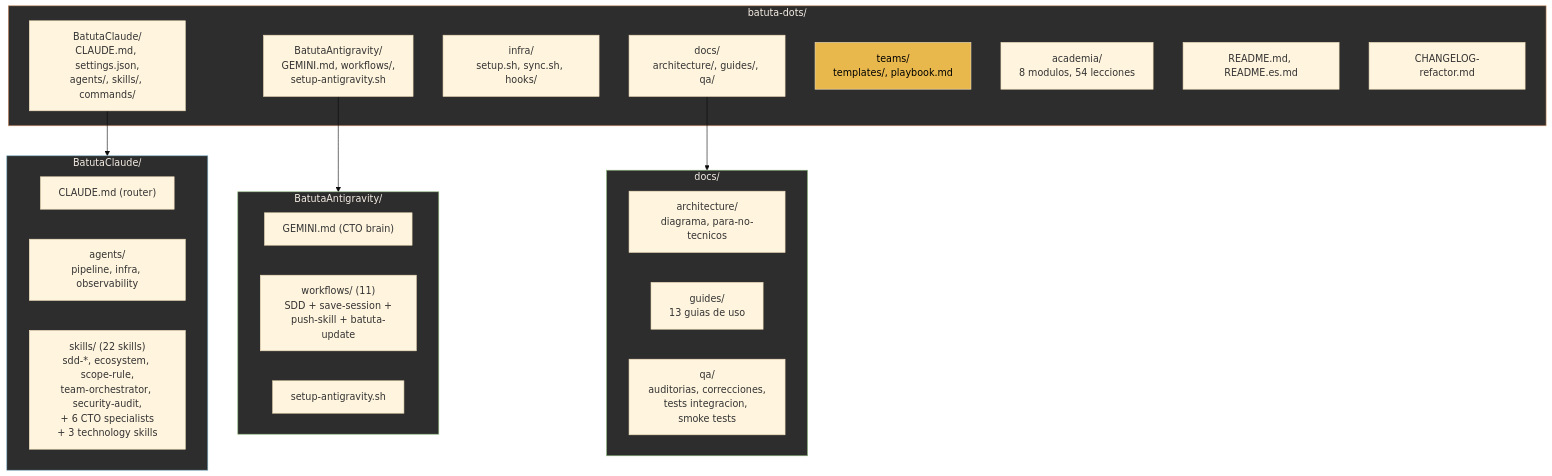
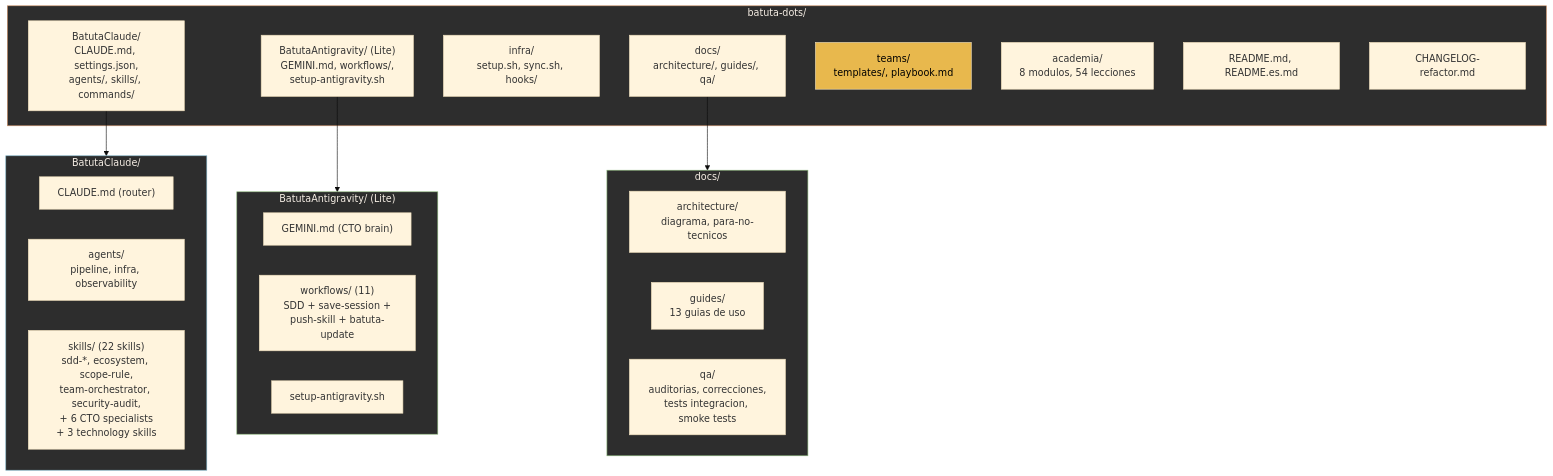
One commit to jota-batuta/batuta-dots changed diagram 23 of 23 in docs/architecture/arquitectura-diagrama.md. Above: the diagram before and after it, drawn with Mermaid (base theme). The commit also changed other lines of this file and 32 other files, not shown here.

First line of the commit message:
feat: Antigravity Lite, zombie cleanup, project-scoped skills (v11.2+v11.3)

````diff
--- a/docs/architecture/arquitectura-diagrama.md
+++ b/docs/architecture/arquitectura-diagrama.md
@@ -835,41 +850,41 @@
 ```mermaid
 flowchart TD
     subgraph ROOT["batuta-dots/"]
         CLAUDE_DIR["BatutaClaude/<br/>CLAUDE.md, settings.json,<br/>agents/, skills/, commands/"]
-        ANTIGRAVITY_DIR["BatutaAntigravity/<br/>GEMINI.md, workflows/,<br/>setup-antigravity.sh"]
+        ANTIGRAVITY_DIR["BatutaAntigravity/ (Lite)<br/>GEMINI.md, workflows/,<br/>setup-antigravity.sh"]
         INFRA_DIR["infra/<br/>setup.sh, sync.sh, hooks/"]
         DOCS["docs/<br/>architecture/, guides/, qa/"]
         TEAMS["teams/<br/>templates/, playbook.md"]
         ACADEMIA["academia/<br/>8 modulos, 54 lecciones"]
         README["README.md, README.es.md"]
         CHANGELOG["CHANGELOG-refactor.md"]
     end
 
     subgraph CLAUDE_DETAIL["BatutaClaude/"]
         CLAUDE_MD["CLAUDE.md (router)"]
         AGENTS["agents/<br/>pipeline, infra, observability"]
         SKILLS_22["skills/ (22 skills)<br/>sdd-*, ecosystem, scope-rule,<br/>team-orchestrator, security-audit,<br/>+ 6 CTO specialists<br/>+ 3 technology skills"]
     end
 
-    subgraph ANTIGRAVITY_DETAIL["BatutaAntigravity/"]
+    subgraph ANTIGRAVITY_DETAIL["BatutaAntigravity/ (Lite)"]
         GEMINI_MD["GEMINI.md (CTO brain)"]
         WORKFLOWS["workflows/ (11)<br/>SDD + save-session +<br/>push-skill + batuta-update"]
         SETUP_AG["setup-antigravity.sh"]
     end
 
     subgraph DOCS_DETAIL["docs/"]
         ARCH["architecture/<br/>diagrama, para-no-tecnicos"]
         GUIDES["guides/<br/>13 guias de uso"]
         QA["qa/<br/>auditorias, correcciones,<br/>tests integracion, smoke tests"]
     end
 
     CLAUDE_DIR --> CLAUDE_DETAIL
     ANTIGRAVITY_DIR --> ANTIGRAVITY_DETAIL
     DOCS --> DOCS_DETAIL
 
     style ROOT fill:#2d2d2d,stroke:#D4956A,color:#F5EDE4
     style CLAUDE_DETAIL fill:#2d2d2d,stroke:#7AAFC4,color:#F5EDE4
     style ANTIGRAVITY_DETAIL fill:#2d2d2d,stroke:#8BB87A,color:#F5EDE4
     style DOCS_DETAIL fill:#2d2d2d,stroke:#8BB87A,color:#F5EDE4
     style TEAMS fill:#E8B84D,color:#000
 ```
````
